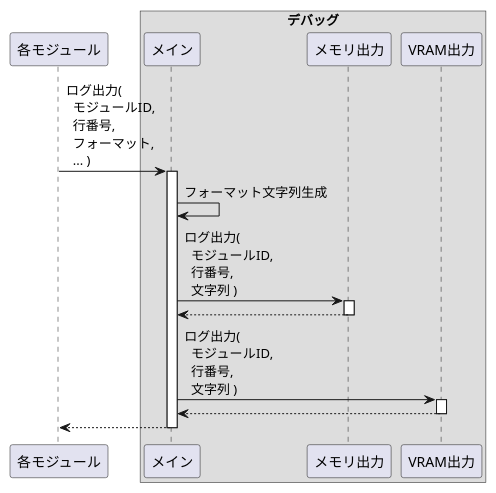
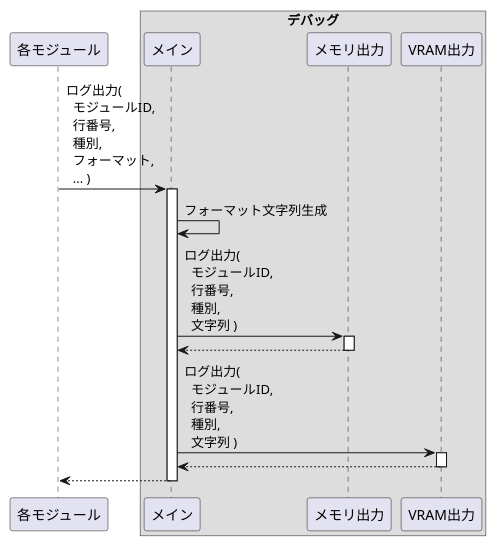
Before and after one commit to MasterMochi/MochiKernel: the diagram in docs/docs/internal/Debug/Main/output.puml, drawn with PlantUML. The commit also changed 45 other files, not shown here.

```diff
--- a/docs/docs/internal/Debug/Main/output.puml
+++ b/docs/docs/internal/Debug/Main/output.puml
@@ -1,28 +1,28 @@
 @startuml
 
 participant "各モジュール" as other
 box "デバッグ"
     participant "メイン"     as Debug
     participant "メモリ出力" as DebugMem
     participant "VRAM出力"   as DebugVram
 end box
 
-other -> Debug: ログ出力(\n  モジュールID,\n  行番号,\n  フォーマット,\n  ... )
+other -> Debug: ログ出力(\n  モジュールID,\n  行番号,\n  種別,\n  フォーマット,\n  ... )
 activate Debug
 
 Debug -> Debug: フォーマット文字列生成
 
-Debug -> DebugMem: ログ出力(\n  モジュールID,\n  行番号,\n  文字列 )
+Debug -> DebugMem: ログ出力(\n  モジュールID,\n  行番号,\n  種別,\n  文字列 )
 activate DebugMem
 Debug <-- DebugMem:
 deactivate DebugMem
 
-Debug -> DebugVram: ログ出力(\n  モジュールID,\n  行番号,\n  文字列 )
+Debug -> DebugVram: ログ出力(\n  モジュールID,\n  行番号,\n  種別,\n  文字列 )
 activate DebugVram
 Debug <-- DebugVram:
 deactivate DebugVram
 
 other <-- Debug:
 deactivate Debug
 
 @enduml
```
